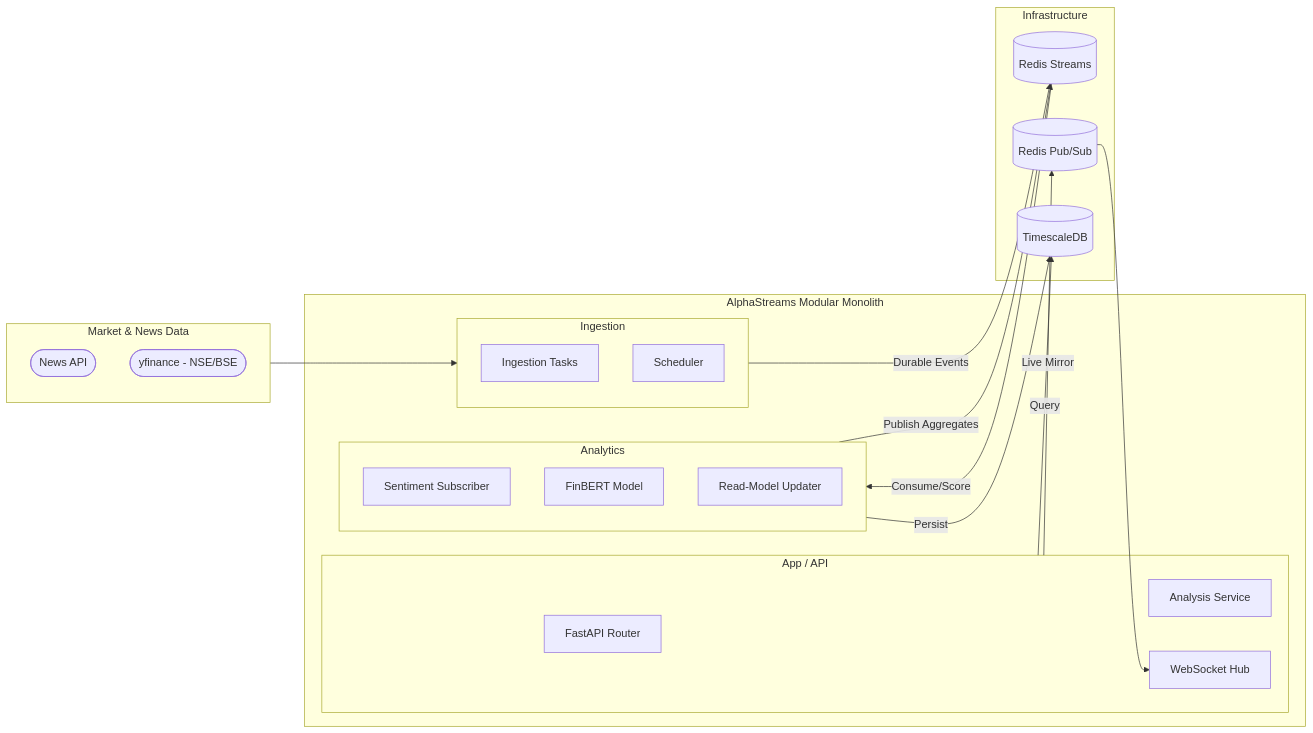
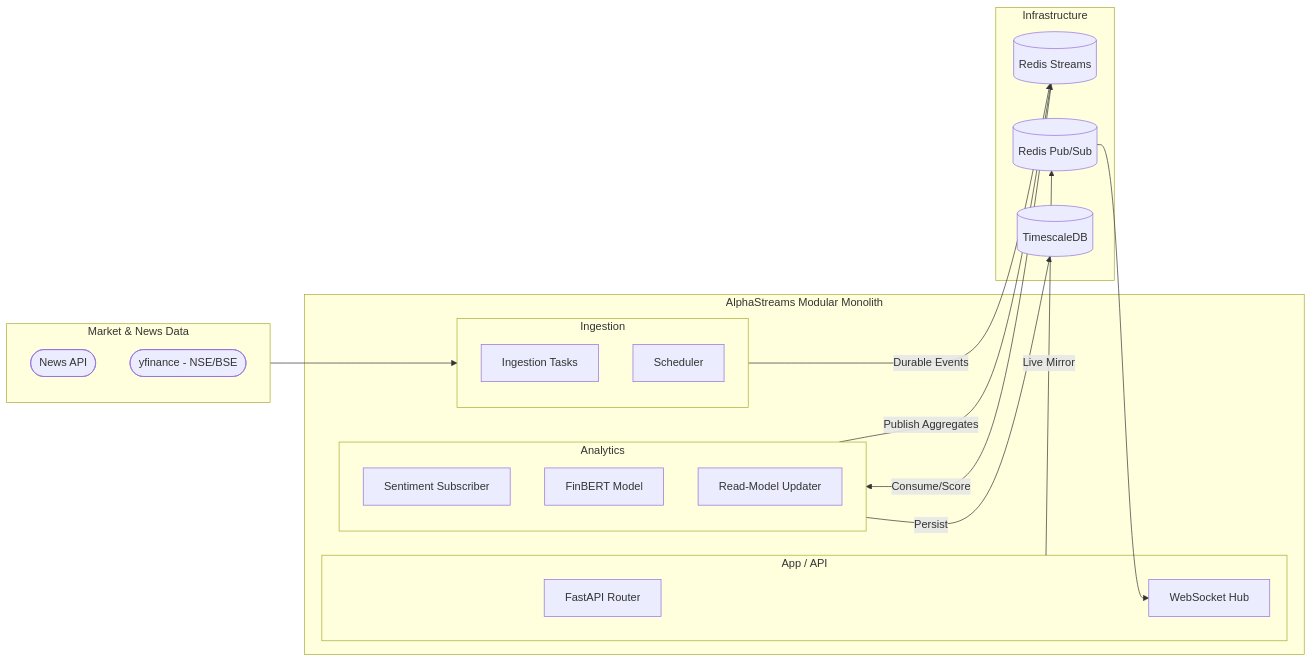
One commit to NirmayKadam/Shani changed the first of 3 diagrams in README.md. Above: the diagram before and after it, drawn with Mermaid. The commit also changed other lines of this file and 35 other files, not shown here.

````diff
--- a/README.md
+++ b/README.md
@@ -39,42 +39,40 @@
 ```mermaid
 graph LR
     subgraph External_Sources [Market & News Data]
         NewsAPI([News API])
         YFinance([yfinance - NSE/BSE])
     end
 
     subgraph App_Domain [AlphaStreams Modular Monolith]
         subgraph Ingestion_Context [Ingestion]
             CeleryTasks[Ingestion Tasks]
             CeleryBeat[Scheduler]
         end
 
         subgraph Analytics_Context [Analytics]
             SentimentSub[Sentiment Subscriber]
             FinBERT[FinBERT Model]
             AggregateUpdater[Read-Model Updater]
         end
 
         subgraph App_Context [App / API]
             FastAPI[FastAPI Router]
-            AnalysisService[Analysis Service]
             WSServer[WebSocket Hub]
         end
     end
 
     subgraph Infrastructure
         RedisStreams[(Redis Streams)]
         RedisPubSub[(Redis Pub/Sub)]
         TimescaleDB[(TimescaleDB)]
     end
 
     %% Flow
     External_Sources --> Ingestion_Context
     Ingestion_Context -- "Durable Events" --> RedisStreams
     RedisStreams -- "Consume/Score" --> Analytics_Context
     Analytics_Context -- "Persist" --> TimescaleDB
     Analytics_Context -- "Publish Aggregates" --> RedisStreams
-    App_Context -- "Query" --> TimescaleDB
     App_Context -- "Live Mirror" --> RedisPubSub
     RedisPubSub --> WSServer
 ```
````
